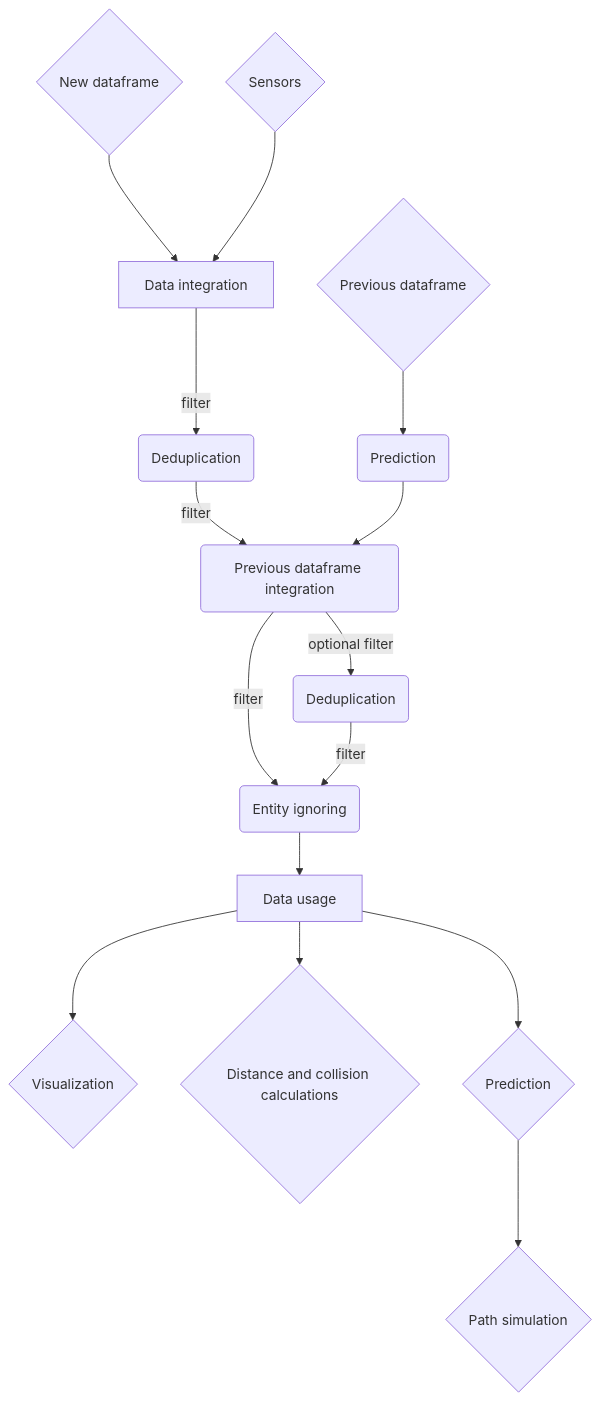
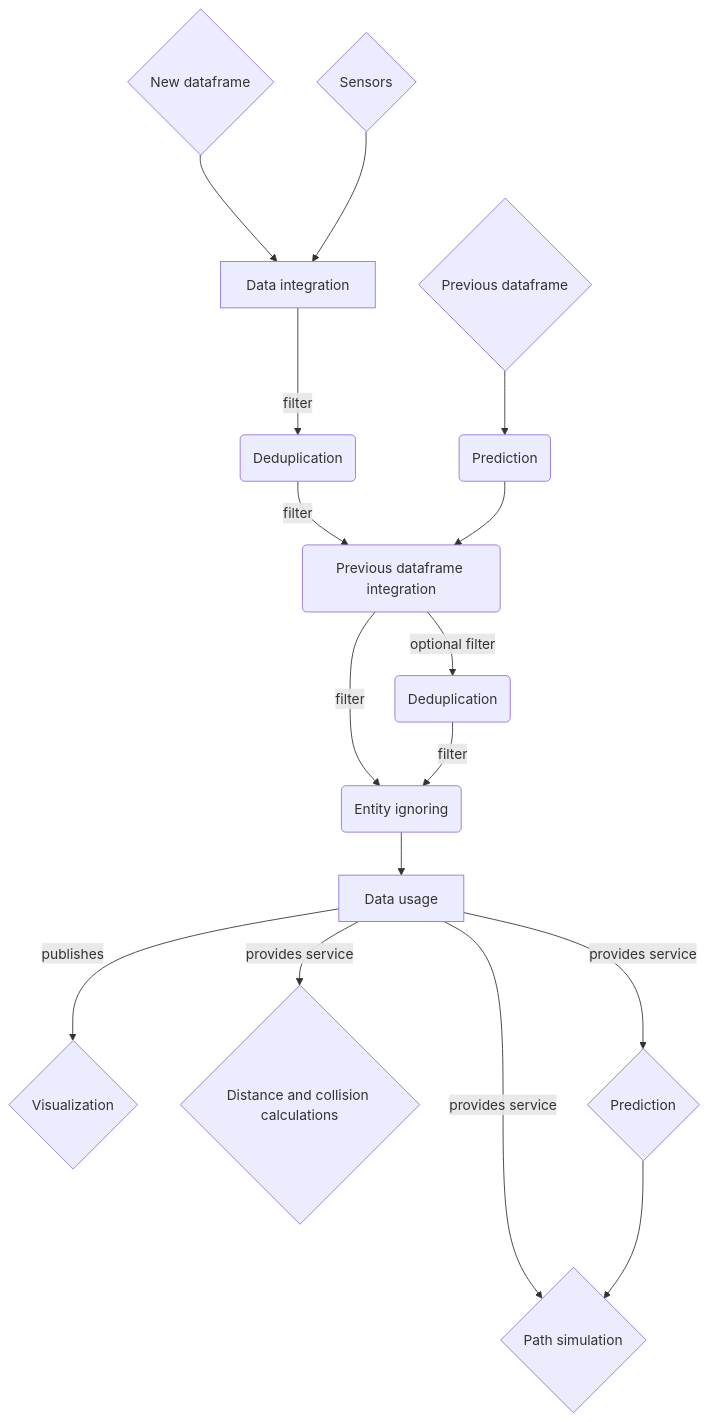
One commit to una-auxme/paf changed the diagram in code/mapping/DesignDocument_TopDownMap.md. Above: the diagram before and after it, drawn with Mermaid. The commit also changed other lines of this file, not shown here.

````diff
--- a/code/mapping/DesignDocument_TopDownMap.md
+++ b/code/mapping/DesignDocument_TopDownMap.md
@@ -119,17 +189,18 @@
 ```mermaid
 flowchart TD
     NF{New dataframe} --> A[Data integration]
     S{Sensors} --> A
     A -->|filter| C(Deduplication)
     C -->|filter| D(Previous dataframe integration)
     PF{Previous dataframe} --> P(Prediction)
     P --> D
     D -->|optional filter| F(Deduplication)
     D -->|filter| E(Entity ignoring)
     F -->|filter| E
     E --> R[Data usage]
-    R --> 1{Visualization}
-    R --> 2{Distance and collision calculations}
-    R --> 3{Prediction}
-    3 --> 4{Path simulation}
+    R -->|publishes| 1{Visualization}
+    R -->|provides service| 2{Distance and collision calculations}
+    R -->|provides service| 3{Prediction}
+    R -->|provides service| 4{Path simulation}
+    3 --> 4
 ```
````
